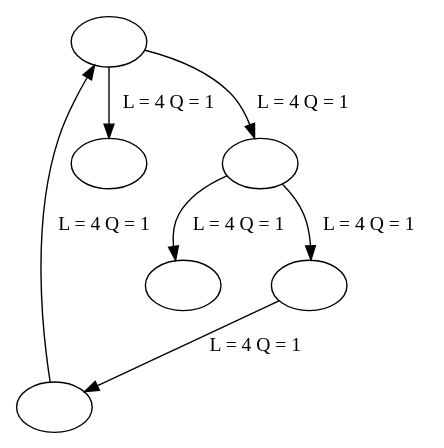
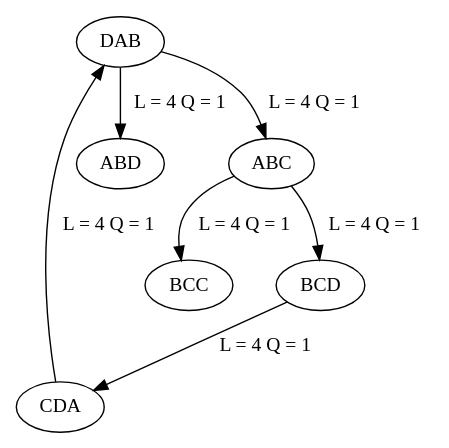
One commit to SenchoPens/bioinformatic changed the diagram in deBrujin_test.dot. Above: the diagram before and after it, drawn with Graphviz. The commit also changed 23 other files, not shown here.

```diff
--- a/deBrujin_test.dot
+++ b/deBrujin_test.dot
@@ -1,15 +1,15 @@
 digraph A{
- ABD[label=""]
- BCC[label=""]
+ ABD[label="ABD"]
+ BCC[label="BCC"]
 
- CDA[label=""]
-  CDA -> DAB[label="L = 4 Q = 1"];
- BCD[label=""]
-  BCD -> CDA[label="L = 4 Q = 1"];
- ABC[label=""]
-  ABC -> BCC[label="L = 4 Q = 1"];
+ CDA[label="CDA"]
+  CDA -> DAB[label="L = 4 Q = 1", len=1000.0];
+ BCD[label="BCD"]
+  BCD -> CDA[label="L = 4 Q = 1", len=10];
+ ABC[label="ABC"]
+  ABC -> BCC[label="L = 4 Q = 1", len=1000];
   ABC -> BCD[label="L = 4 Q = 1"];
- DAB[label=""]
+ DAB[label="DAB"]
   DAB -> ABD[label="L = 4 Q = 1"];
   DAB -> ABC[label="L = 4 Q = 1"];
 }
```
